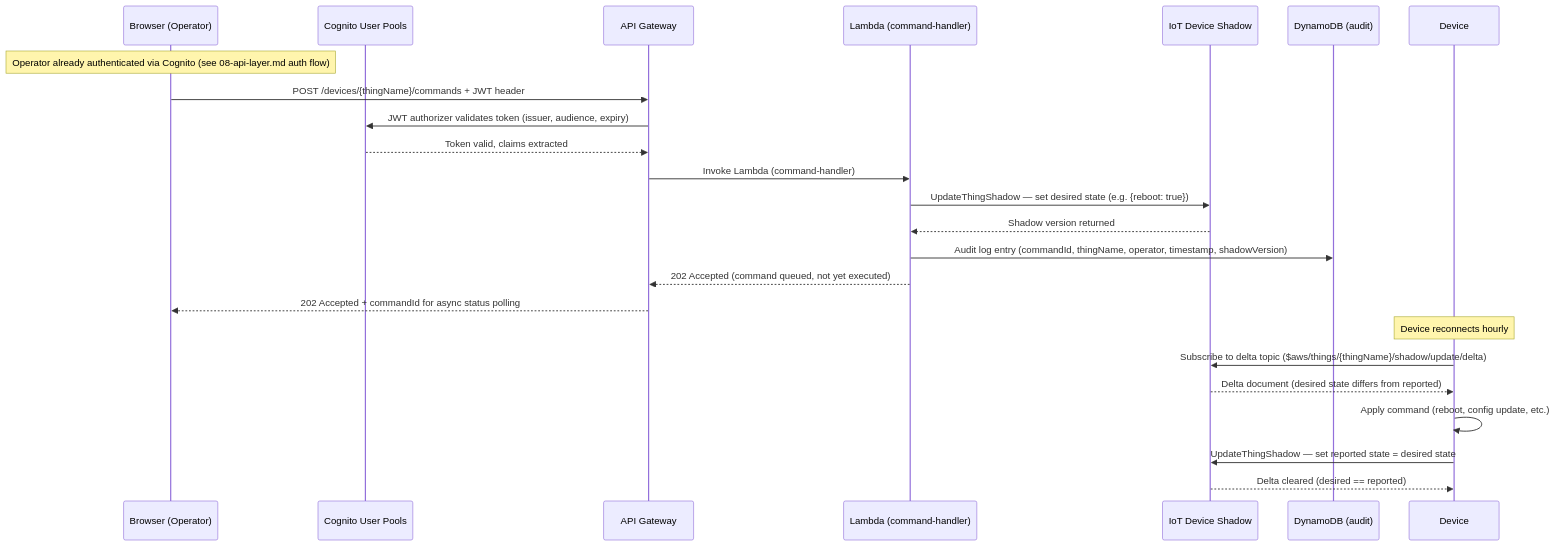
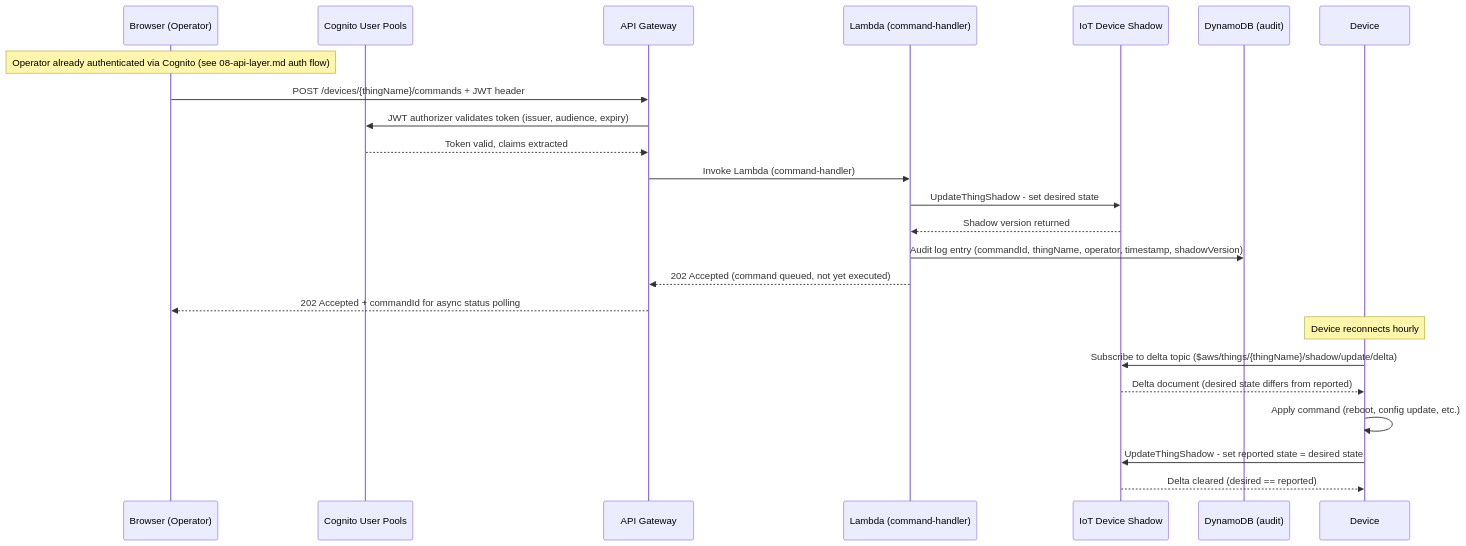
The fourth of 4 diagrams in docs/architecture/10-overview-and-sequences.md (aldorea/ikerland-data), drawn with Mermaid before and after one commit. The commit also changed other lines of this file and 9 other files, not shown here.

First line of the commit message:
fix(docs): fix Mermaid rendering issues across all architecture diagrams

````diff
--- a/docs/architecture/10-overview-and-sequences.md
+++ b/docs/architecture/10-overview-and-sequences.md
@@ -173,27 +174,27 @@
 ```mermaid
 sequenceDiagram
     participant BROWSER as Browser (Operator)
     participant COG as Cognito User Pools
     participant APIGW as API Gateway
     participant LAM as Lambda (command-handler)
     participant SHADOW as IoT Device Shadow
     participant DDB as DynamoDB (audit)
     participant DEV as Device
 
     Note over BROWSER: Operator already authenticated via Cognito (see 08-api-layer.md auth flow)
     BROWSER->>APIGW: POST /devices/{thingName}/commands + JWT header
     APIGW->>COG: JWT authorizer validates token (issuer, audience, expiry)
     COG-->>APIGW: Token valid, claims extracted
     APIGW->>LAM: Invoke Lambda (command-handler)
-    LAM->>SHADOW: UpdateThingShadow — set desired state (e.g. {reboot: true})
+    LAM->>SHADOW: UpdateThingShadow - set desired state
     SHADOW-->>LAM: Shadow version returned
     LAM->>DDB: Audit log entry (commandId, thingName, operator, timestamp, shadowVersion)
     LAM-->>APIGW: 202 Accepted (command queued, not yet executed)
     APIGW-->>BROWSER: 202 Accepted + commandId for async status polling
     Note over DEV: Device reconnects hourly
     DEV->>SHADOW: Subscribe to delta topic ($aws/things/{thingName}/shadow/update/delta)
     SHADOW-->>DEV: Delta document (desired state differs from reported)
     DEV->>DEV: Apply command (reboot, config update, etc.)
-    DEV->>SHADOW: UpdateThingShadow — set reported state = desired state
+    DEV->>SHADOW: UpdateThingShadow - set reported state = desired state
     SHADOW-->>DEV: Delta cleared (desired == reported)
 ```
````
